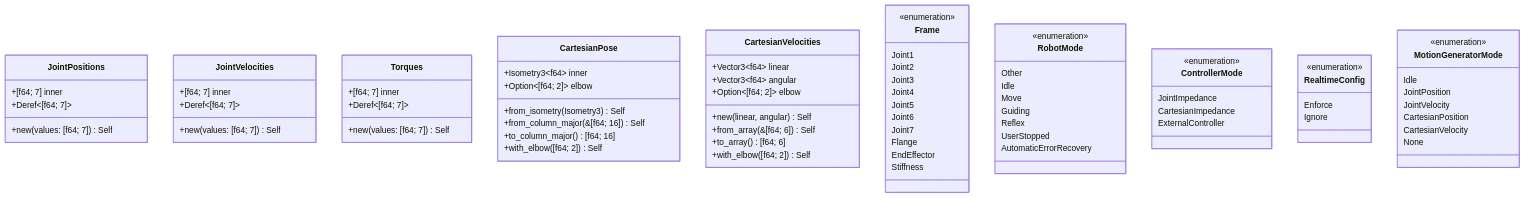
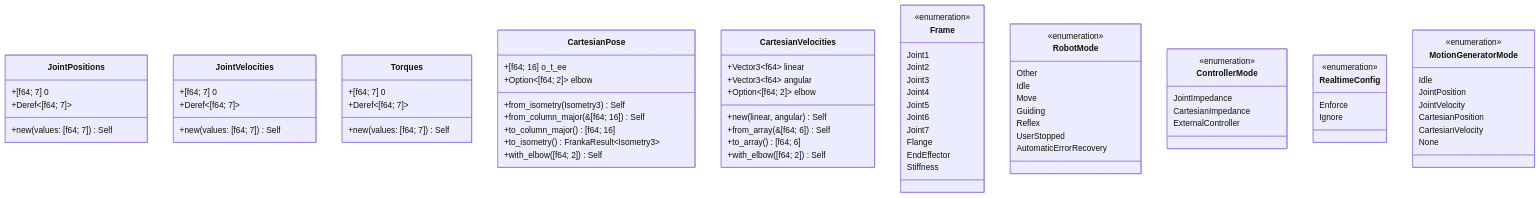
Before and after one commit to ColeTen/franka-rs: the diagram in docs/src/modules/types.md, drawn with Mermaid. The commit also changed other lines of this file and 43 other files, not shown here.

````diff
--- a/docs/src/modules/types.md
+++ b/docs/src/modules/types.md
@@ -7,29 +7,30 @@
 ```mermaid
 classDiagram
     class JointPositions {
-        +[f64; 7] inner
+        +[f64; 7] 0
         +new(values: [f64; 7]) Self
         +Deref~[f64; 7]~
     }
 
     class JointVelocities {
-        +[f64; 7] inner
+        +[f64; 7] 0
         +new(values: [f64; 7]) Self
         +Deref~[f64; 7]~
     }
 
     class Torques {
-        +[f64; 7] inner
+        +[f64; 7] 0
         +new(values: [f64; 7]) Self
         +Deref~[f64; 7]~
     }
 
     class CartesianPose {
-        +Isometry3~f64~ inner
+        +[f64; 16] o_t_ee
         +Option~[f64; 2]~ elbow
         +from_isometry(Isometry3) Self
         +from_column_major(&[f64; 16]) Self
         +to_column_major() [f64; 16]
+        +to_isometry() FrankaResult~Isometry3~
         +with_elbow([f64; 2]) Self
     }
 
````
